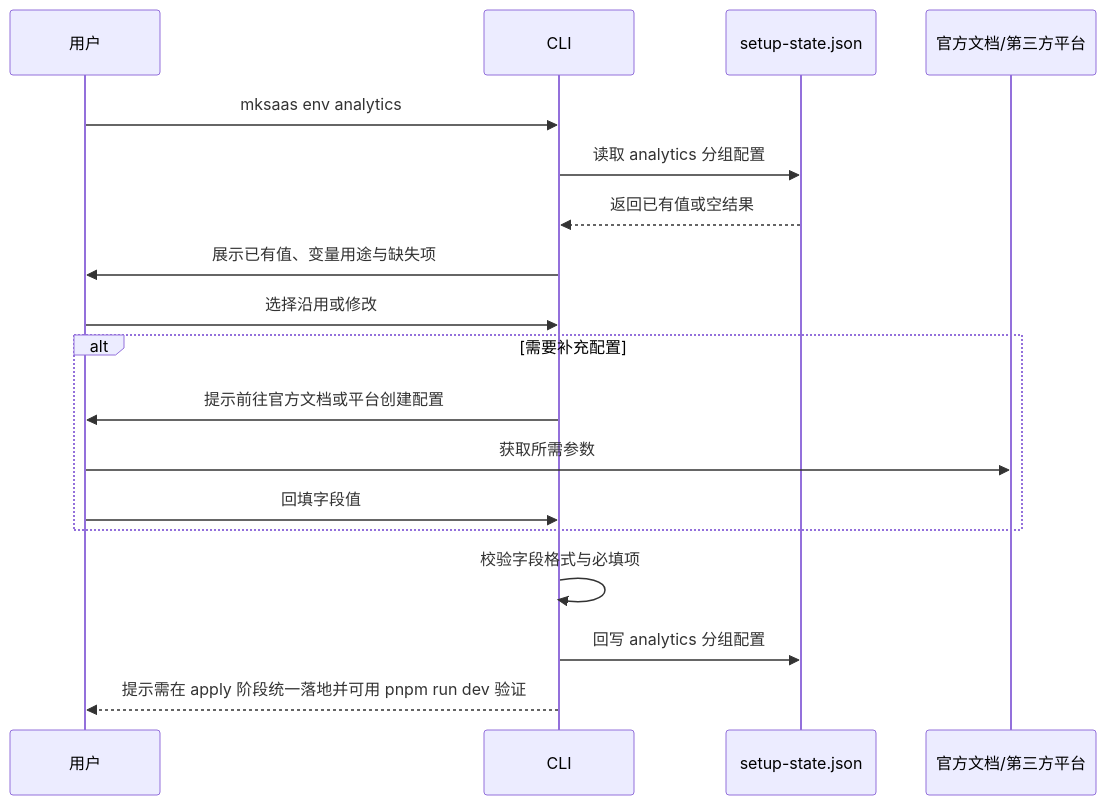
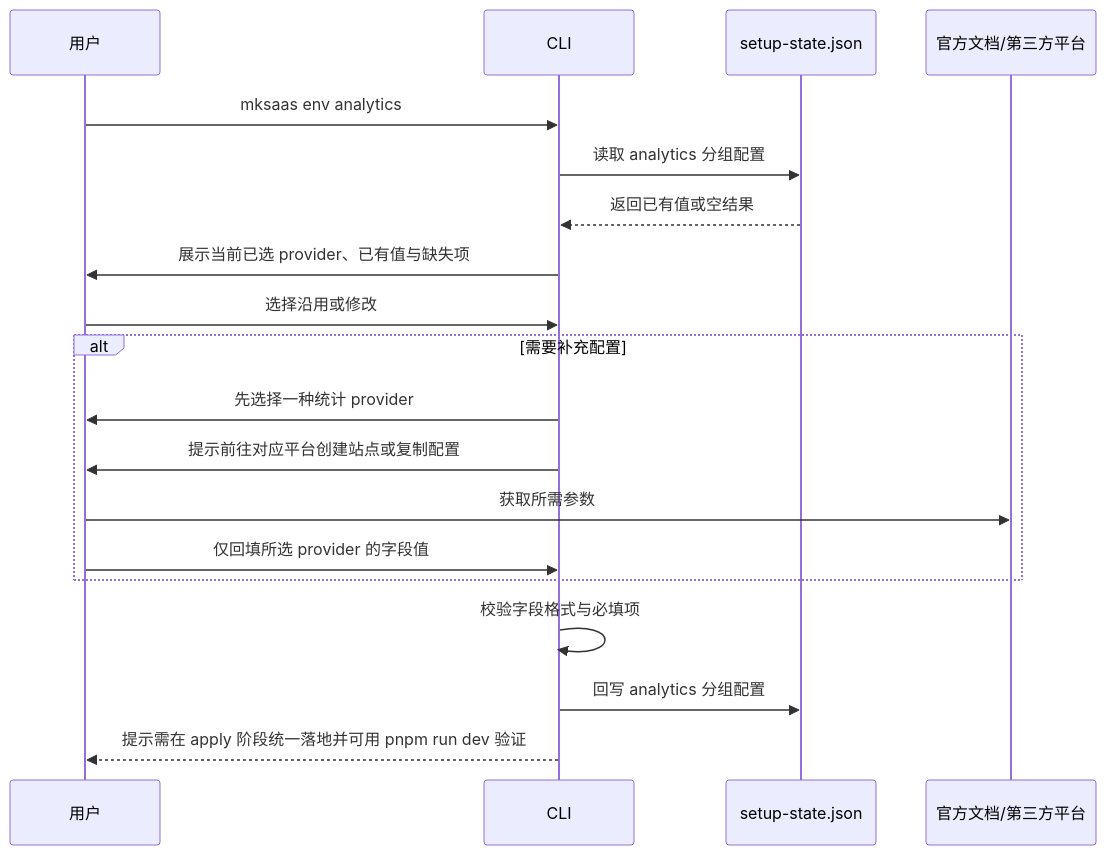
The second of 2 diagrams in docs/steps/03-env-groups/11-analytics.md (CaffeineOddity/mksaas_command), drawn with Mermaid before and after one commit. The commit also changed other lines of this file and 17 other files, not shown here.

````diff
--- a/docs/steps/03-env-groups/11-analytics.md
+++ b/docs/steps/03-env-groups/11-analytics.md
@@ -82,21 +85,22 @@
 ```mermaid
 sequenceDiagram
     participant U as 用户
     participant C as CLI
     participant J as setup-state.json
     participant D as 官方文档/第三方平台
 
     U->>C: mksaas env analytics
     C->>J: 读取 analytics 分组配置
     J-->>C: 返回已有值或空结果
-    C->>U: 展示已有值、变量用途与缺失项
+    C->>U: 展示当前已选 provider、已有值与缺失项
     U->>C: 选择沿用或修改
     alt 需要补充配置
-        C->>U: 提示前往官方文档或平台创建配置
+        C->>U: 先选择一种统计 provider
+        C->>U: 提示前往对应平台创建站点或复制配置
         U->>D: 获取所需参数
-        U->>C: 回填字段值
+        U->>C: 仅回填所选 provider 的字段值
     end
     C->>C: 校验字段格式与必填项
     C->>J: 回写 analytics 分组配置
     C-->>U: 提示需在 apply 阶段统一落地并可用 pnpm run dev 验证
 ```
````
